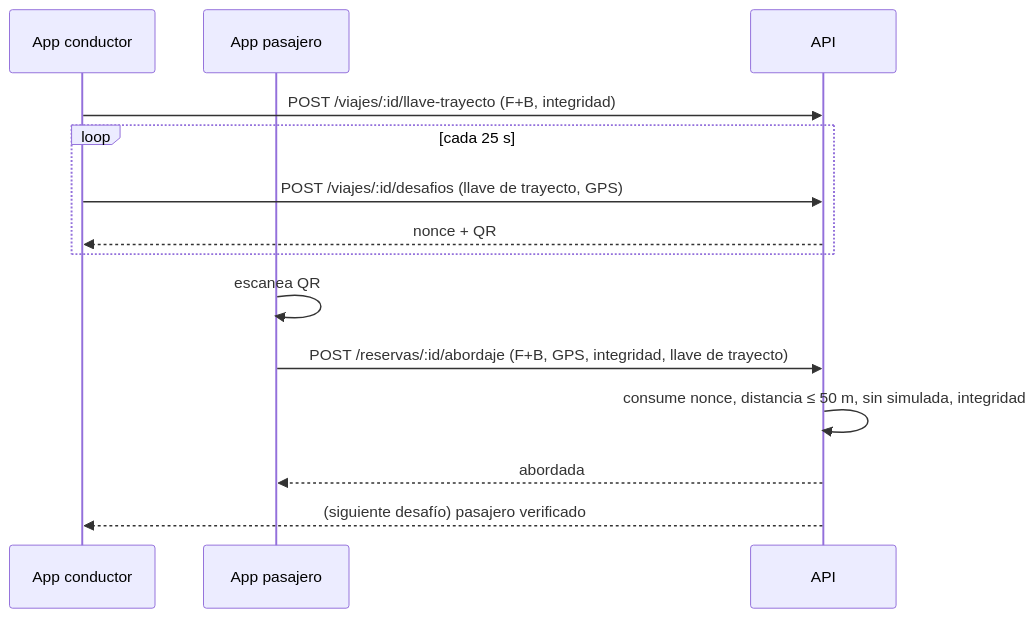
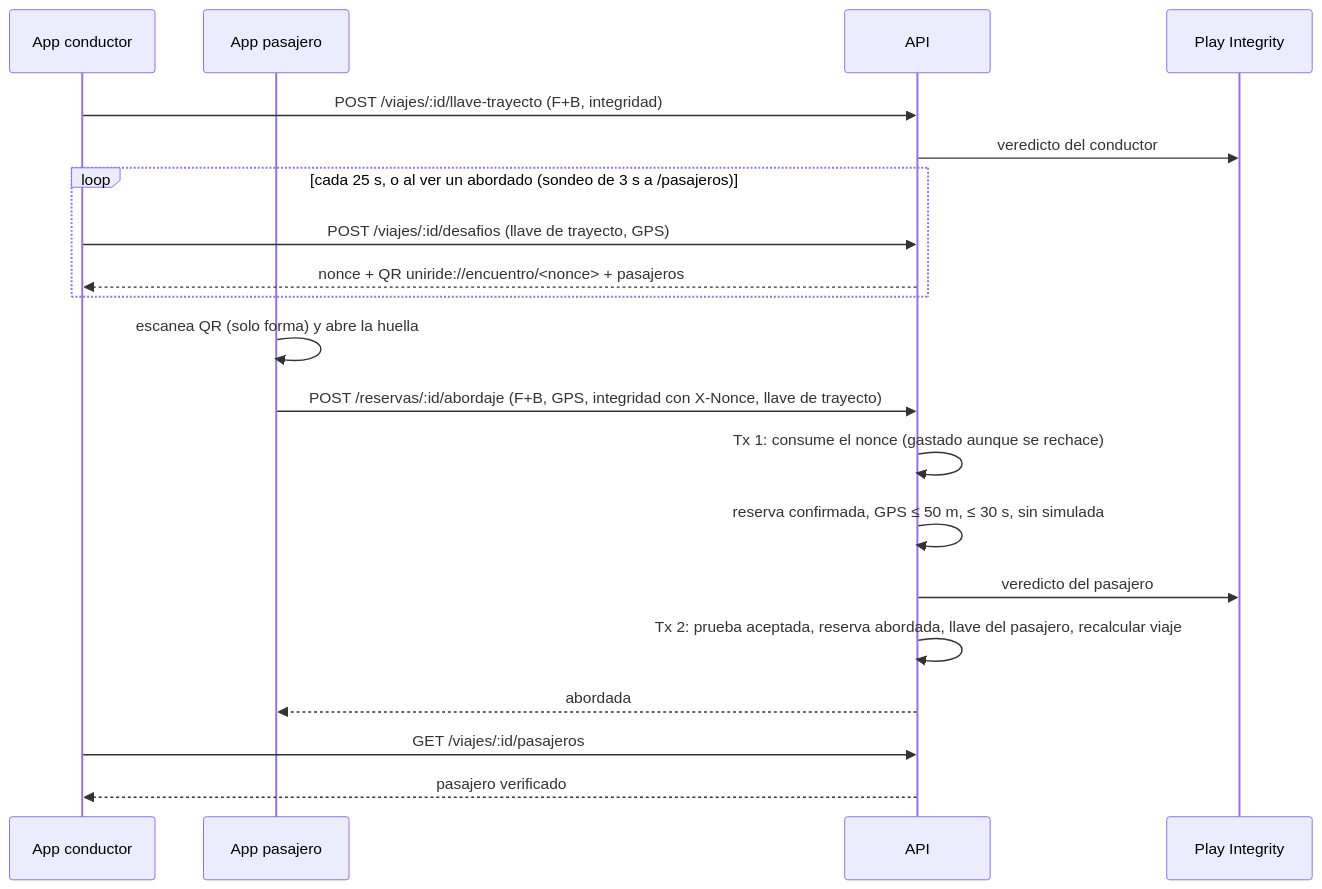
Before and after one commit to Vansiii/uniride: the first of 3 diagrams in SPECS/features/sprint-3/HU-22-verificacion-abordaje/plan.md, drawn with Mermaid. The commit also changed other lines of this file and 1 other file, not shown here.

Commit message:
HU-22: diagramas de secuencia, clases y despliegue del abordaje; flujo de verificacion al dia

````diff
--- a/SPECS/features/sprint-3/HU-22-verificacion-abordaje/plan.md
+++ b/SPECS/features/sprint-3/HU-22-verificacion-abordaje/plan.md
@@ -115,16 +115,22 @@
 ```mermaid
 sequenceDiagram
   participant C as App conductor
   participant P as App pasajero
   participant API
+  participant PI as Play Integrity
   C->>API: POST /viajes/:id/llave-trayecto (F+B, integridad)
-  loop cada 25 s
+  API->>PI: veredicto del conductor
+  loop cada 25 s, o al ver un abordado (sondeo de 3 s a /pasajeros)
     C->>API: POST /viajes/:id/desafios (llave de trayecto, GPS)
-    API-->>C: nonce + QR
+    API-->>C: nonce + QR uniride://encuentro/<nonce> + pasajeros
   end
-  P->>P: escanea QR
-  P->>API: POST /reservas/:id/abordaje (F+B, GPS, integridad, llave de trayecto)
-  API->>API: consume nonce, distancia ≤ 50 m, sin simulada, integridad
+  P->>P: escanea QR (solo forma) y abre la huella
+  P->>API: POST /reservas/:id/abordaje (F+B, GPS, integridad con X-Nonce, llave de trayecto)
+  API->>API: Tx 1: consume el nonce (gastado aunque se rechace)
+  API->>API: reserva confirmada, GPS ≤ 50 m, ≤ 30 s, sin simulada
+  API->>PI: veredicto del pasajero
+  API->>API: Tx 2: prueba aceptada, reserva abordada, llave del pasajero, recalcular viaje
   API-->>P: abordada
-  API-->>C: (siguiente desafío) pasajero verificado
+  C->>API: GET /viajes/:id/pasajeros
+  API-->>C: pasajero verificado
 ```
````
